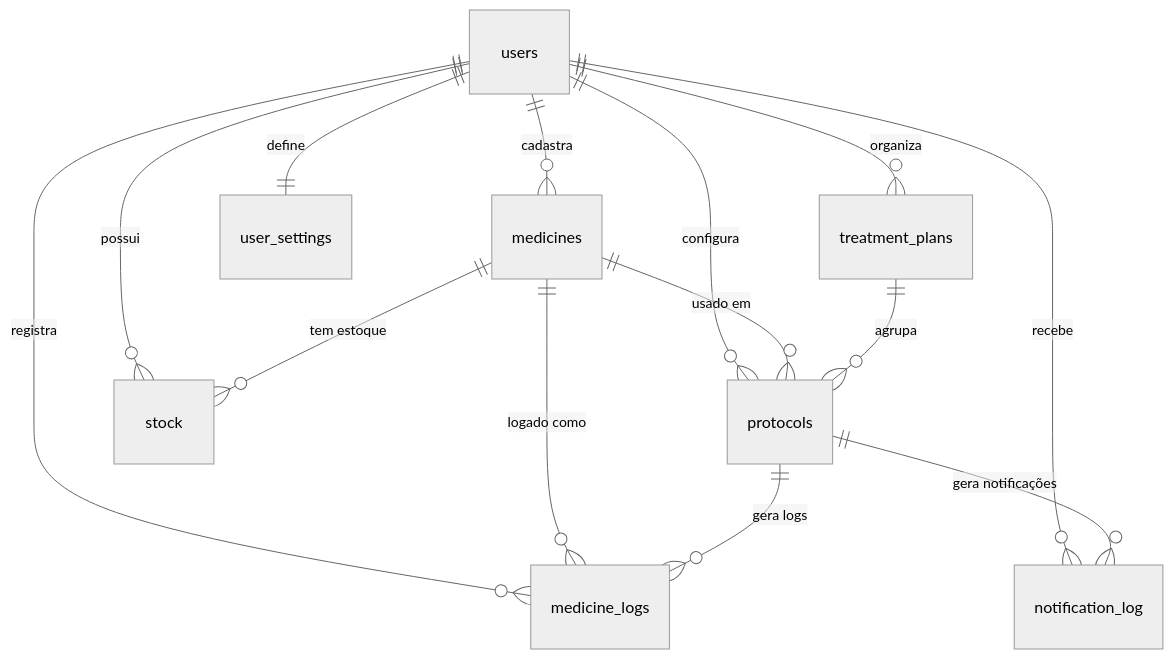
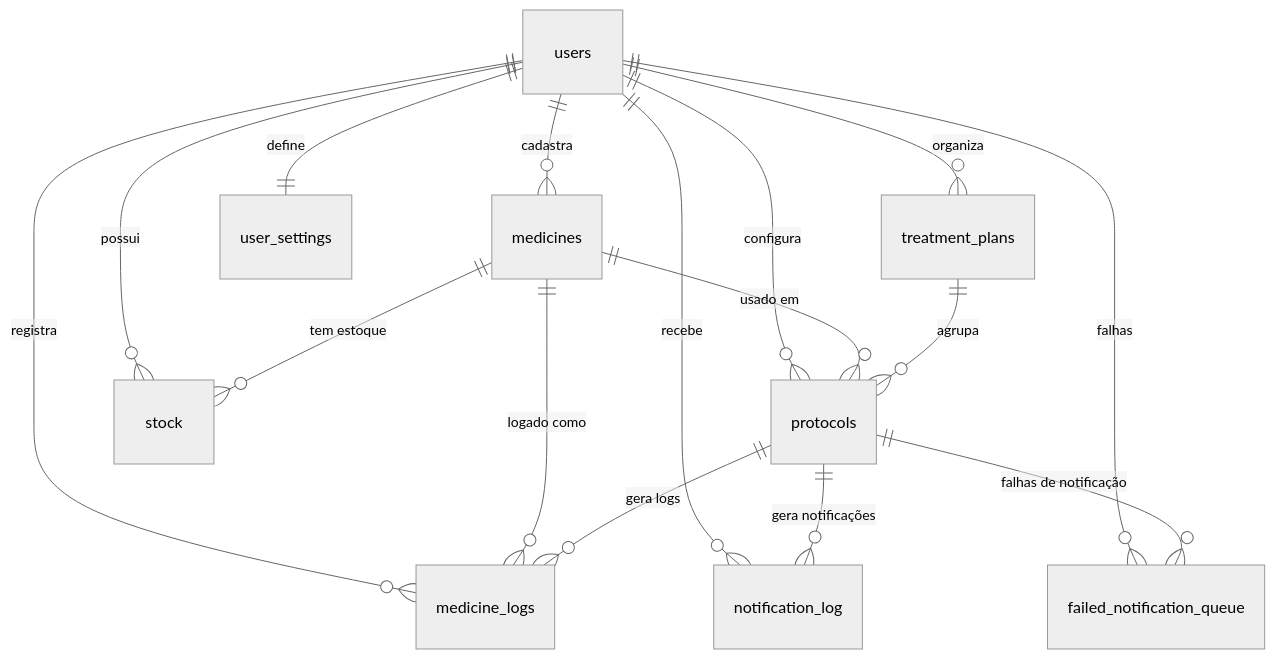
Before and after one commit to coelhotv/dosiq: the diagram in docs/DATABASE_SCHEMAS.md, drawn with Mermaid (neutral theme). The commit also changed other lines of this file and 3 other files, not shown here.

````diff
--- a/docs/DATABASE_SCHEMAS.md
+++ b/docs/DATABASE_SCHEMAS.md
@@ -10,18 +10,20 @@
 ```mermaid
 erDiagram
     users ||--o{ medicines : "cadastra"
     users ||--o{ protocols : "configura"
     users ||--o{ stock : "possui"
     users ||--o{ medicine_logs : "registra"
     users ||--o{ treatment_plans : "organiza"
     users ||--|| user_settings : "define"
     users ||--o{ notification_log : "recebe"
+    users ||--o{ failed_notification_queue : "falhas"
 
     medicines ||--o{ protocols : "usado em"
     medicines ||--o{ stock : "tem estoque"
     medicines ||--o{ medicine_logs : "logado como"
     
     treatment_plans ||--o{ protocols : "agrupa"
     protocols ||--o{ medicine_logs : "gera logs"
     protocols ||--o{ notification_log : "gera notificações"
+    protocols ||--o{ failed_notification_queue : "falhas de notificação"
 ```
````
